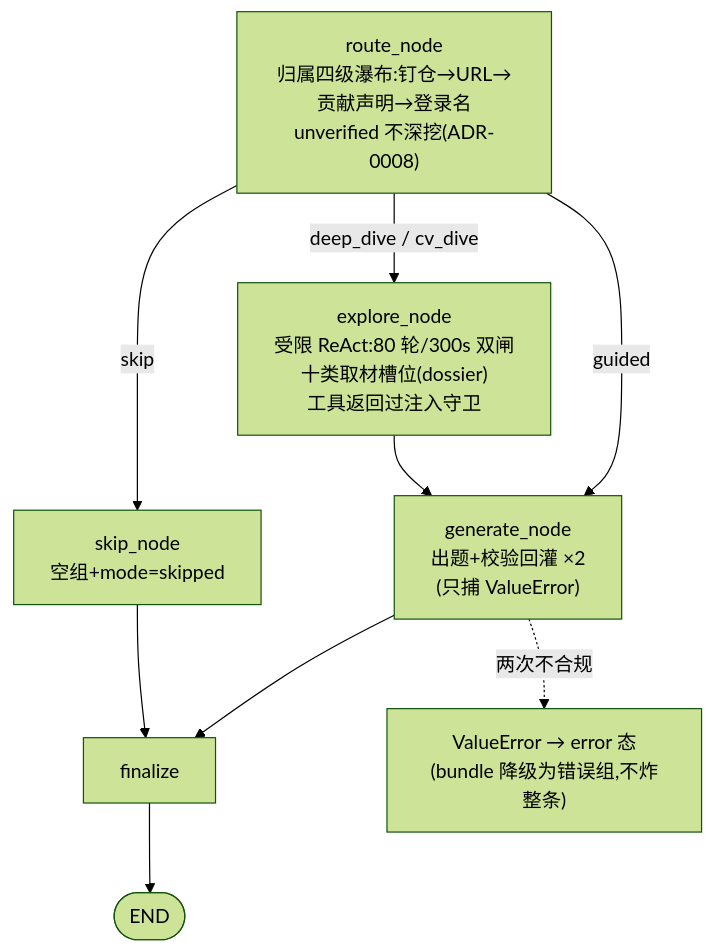
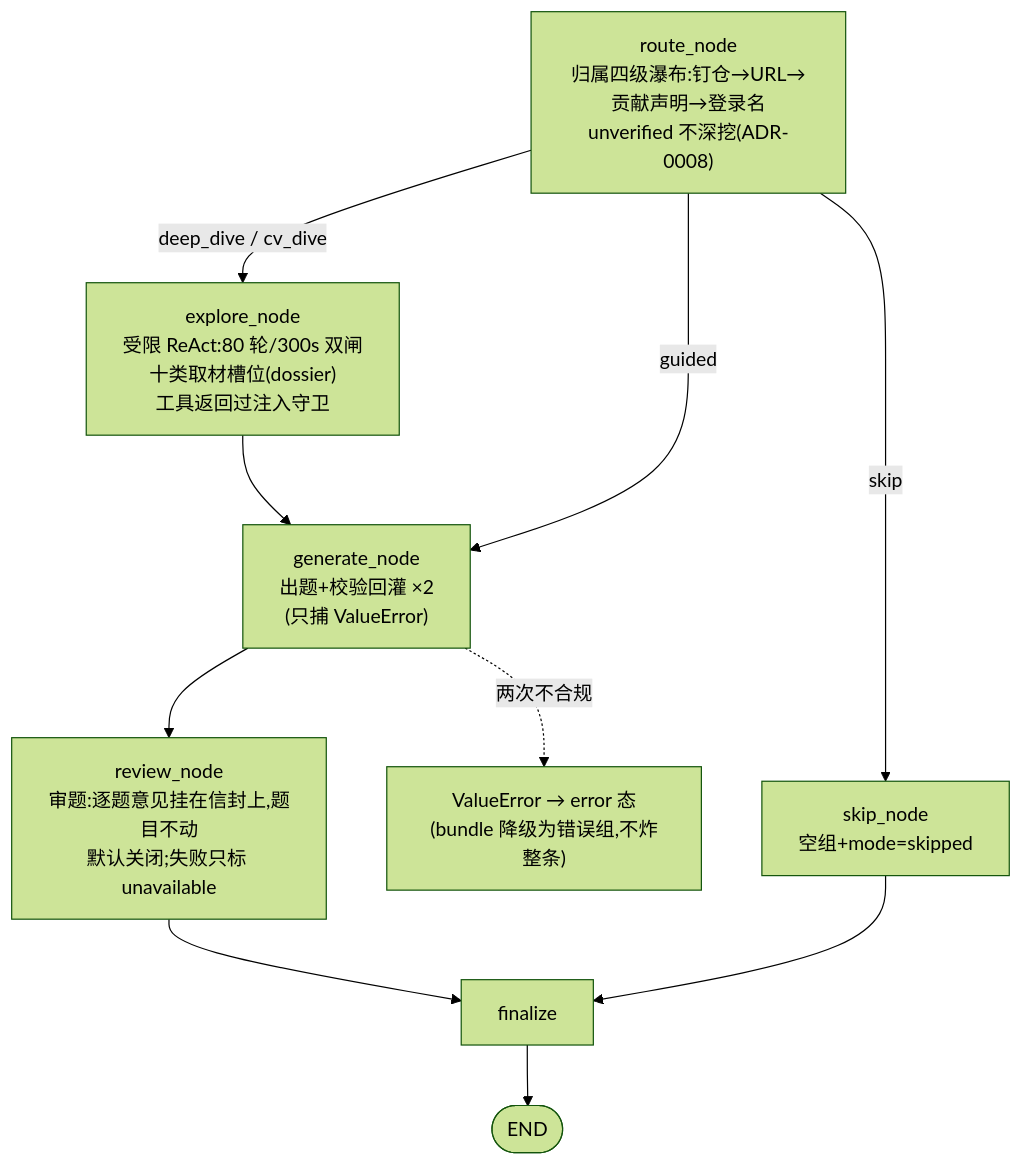
Before and after one commit to Boyuan-IT-Club/Official_Web_Agent: the seventh of 10 diagrams in docs/architecture.md, drawn with Mermaid (forest theme). The commit also changed other lines of this file and 33 other files, not shown here.

````diff
--- a/docs/architecture.md
+++ b/docs/architecture.md
@@ -250,12 +253,13 @@
 ```mermaid
 flowchart TD
     RT["route_node<br/>归属四级瀑布:钉仓→URL→贡献声明→登录名<br/>unverified 不深挖(ADR-0008)"] -->|deep_dive / cv_dive| EX["explore_node<br/>受限 ReAct:80 轮/300s 双闸<br/>十类取材槽位(dossier)<br/>工具返回过注入守卫"]
     RT -->|guided| GEN["generate_node<br/>出题+校验回灌 ×2<br/>(只捕 ValueError)"]
     RT -->|skip| SKIP["skip_node<br/>空组+mode=skipped"]
     EX --> GEN
-    GEN --> FIN["finalize"]
+    GEN --> REV["review_node<br/>审题:逐题意见挂在信封上,题目不动<br/>默认关闭;失败只标 unavailable"]
+    REV --> FIN["finalize"]
     SKIP --> FIN
     FIN --> E(["END"])
 
     GEN -.两次不合规.-> ERR["ValueError → error 态<br/>(bundle 降级为错误组,不炸整条)"]
 ```
````
